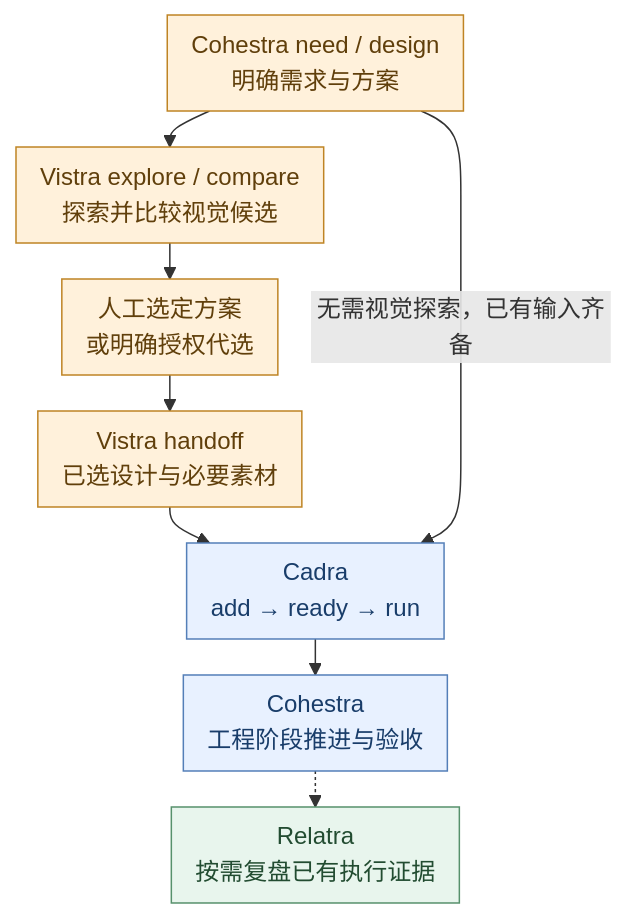
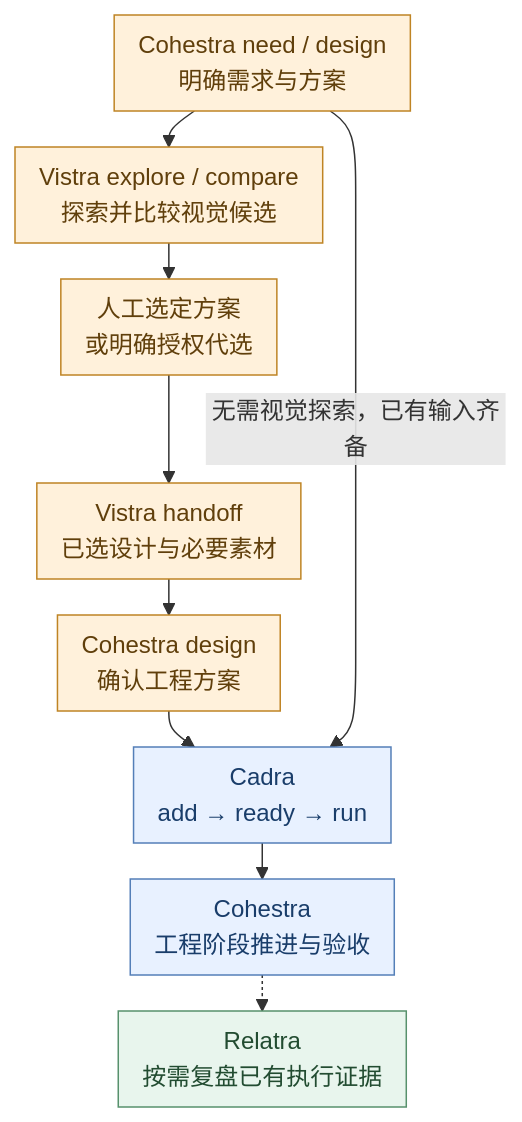
Before and after one commit to yuzio-ai/skills: the fourth of 4 diagrams in README.zh-CN.md, drawn with Mermaid. The commit also changed other lines of this file and 46 other files, not shown here.

````diff
--- a/README.zh-CN.md
+++ b/README.zh-CN.md
@@ -499,23 +433,24 @@
 ```mermaid
 ---
 config:
   flowchart:
     rankSpacing: 24
     nodeSpacing: 24
     padding: 8
 ---
 flowchart TB
     N["Cohestra need / design<br/>明确需求与方案"] --> V["Vistra explore / compare<br/>探索并比较视觉候选"]
     V --> H["人工选定方案<br/>或明确授权代选"]
     H --> F["Vistra handoff<br/>已选设计与必要素材"]
     A["Cadra<br/>add → ready → run"] --> C["Cohestra<br/>工程阶段推进与验收"]
-    F --> A
+    F --> D["Cohestra design<br/>确认工程方案"]
+    D --> A
     N -->|"无需视觉探索，已有输入齐备"| A
     C -.-> R["Relatra<br/>按需复盘已有执行证据"]
-    class N,V,H,F human
+    class N,V,H,F,D human
     class A,C automatic
     class R result
     classDef human fill:#fff1db,stroke:#bf8424,color:#603f0b
     classDef automatic fill:#e8f1ff,stroke:#547fb8,color:#193d6a
     classDef result fill:#e8f5ed,stroke:#57916c,color:#224c31
 ```
````
